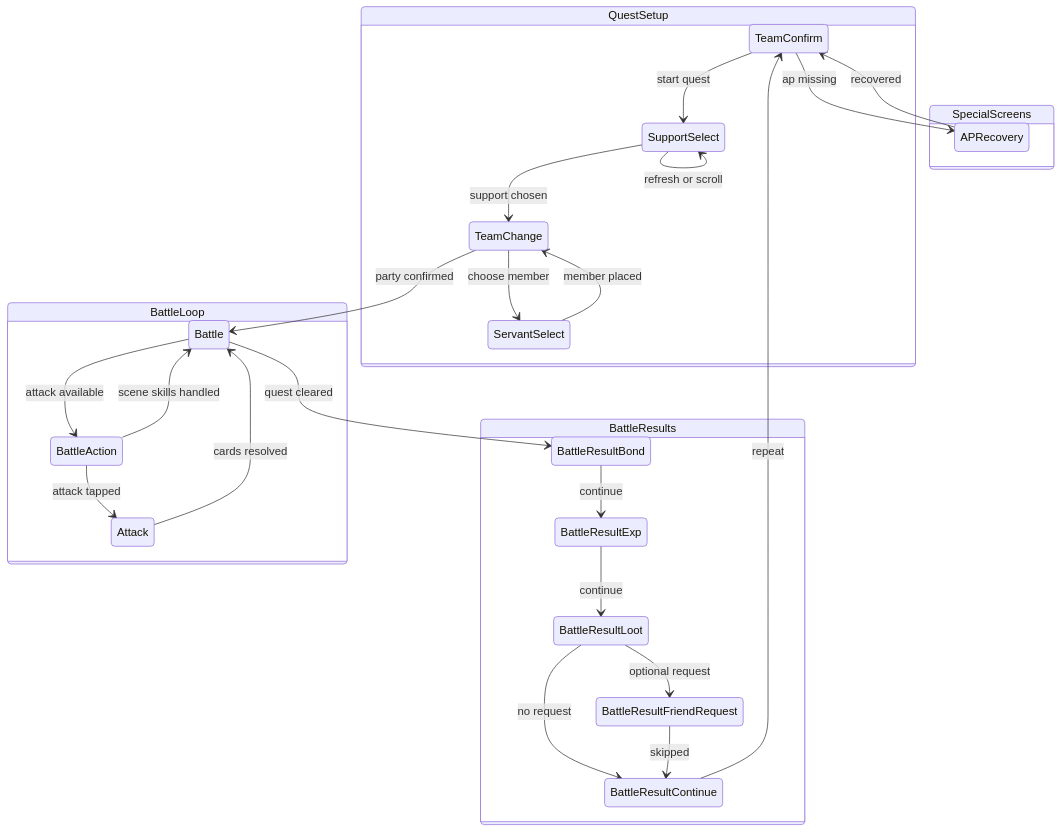
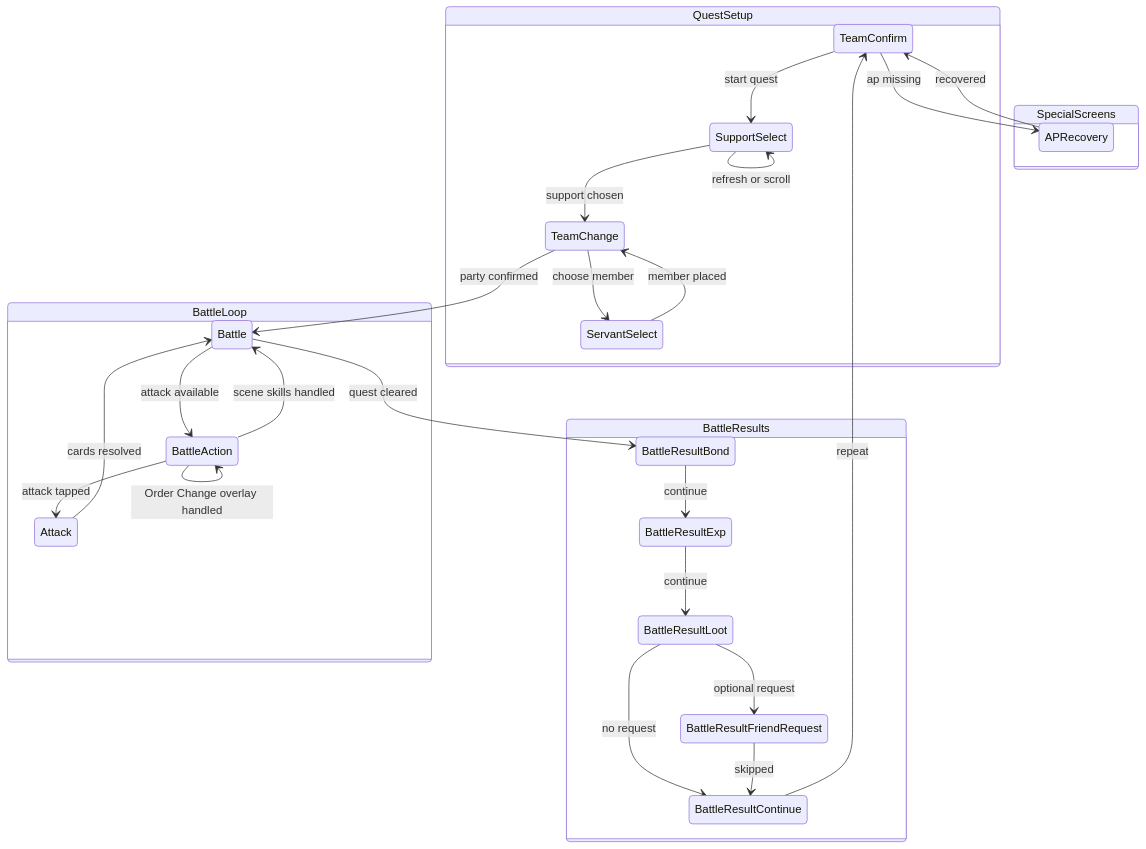
The diagram in docs/state-machines/battle-automation.md (ZaiZheTingDun/mash-app), drawn with Mermaid before and after one commit. The commit also changed other lines of this file and 10 other files, not shown here.

````diff
--- a/docs/state-machines/battle-automation.md
+++ b/docs/state-machines/battle-automation.md
@@ -7,50 +7,51 @@
 ```mermaid
 stateDiagram-v2
     state QuestSetup {
         TeamConfirm
         SupportSelect
         TeamChange
         ServantSelect
     }
 
     state BattleLoop {
         Battle
         BattleAction
         Attack
     }
 
     state BattleResults {
         BattleResultBond
         BattleResultExp
         BattleResultLoot
         BattleResultFriendRequest
         BattleResultContinue
     }
 
     state SpecialScreens {
         APRecovery
     }
 
     TeamConfirm --> SupportSelect: start quest
     SupportSelect --> TeamChange: support chosen
     SupportSelect --> SupportSelect: refresh or scroll
     TeamChange --> ServantSelect: choose member
     ServantSelect --> TeamChange: member placed
     TeamChange --> Battle: party confirmed
 
     Battle --> BattleAction: attack available
     BattleAction --> Battle: scene skills handled
+    BattleAction --> BattleAction: Order Change overlay handled
     BattleAction --> Attack: attack tapped
     Attack --> Battle: cards resolved
 
     Battle --> BattleResultBond: quest cleared
     BattleResultBond --> BattleResultExp: continue
     BattleResultExp --> BattleResultLoot: continue
     BattleResultLoot --> BattleResultFriendRequest: optional request
     BattleResultLoot --> BattleResultContinue: no request
     BattleResultFriendRequest --> BattleResultContinue: skipped
 
     BattleResultContinue --> TeamConfirm: repeat
     TeamConfirm --> APRecovery: ap missing
     APRecovery --> TeamConfirm: recovered
 ```
````
